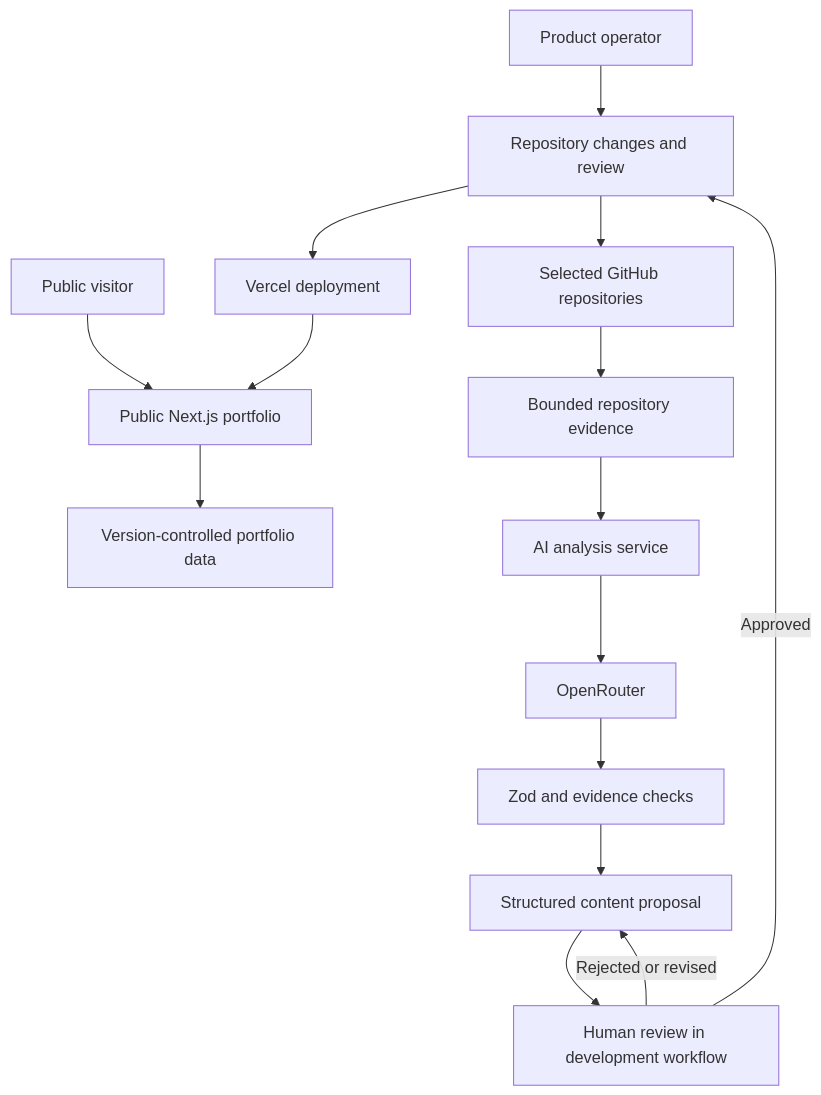
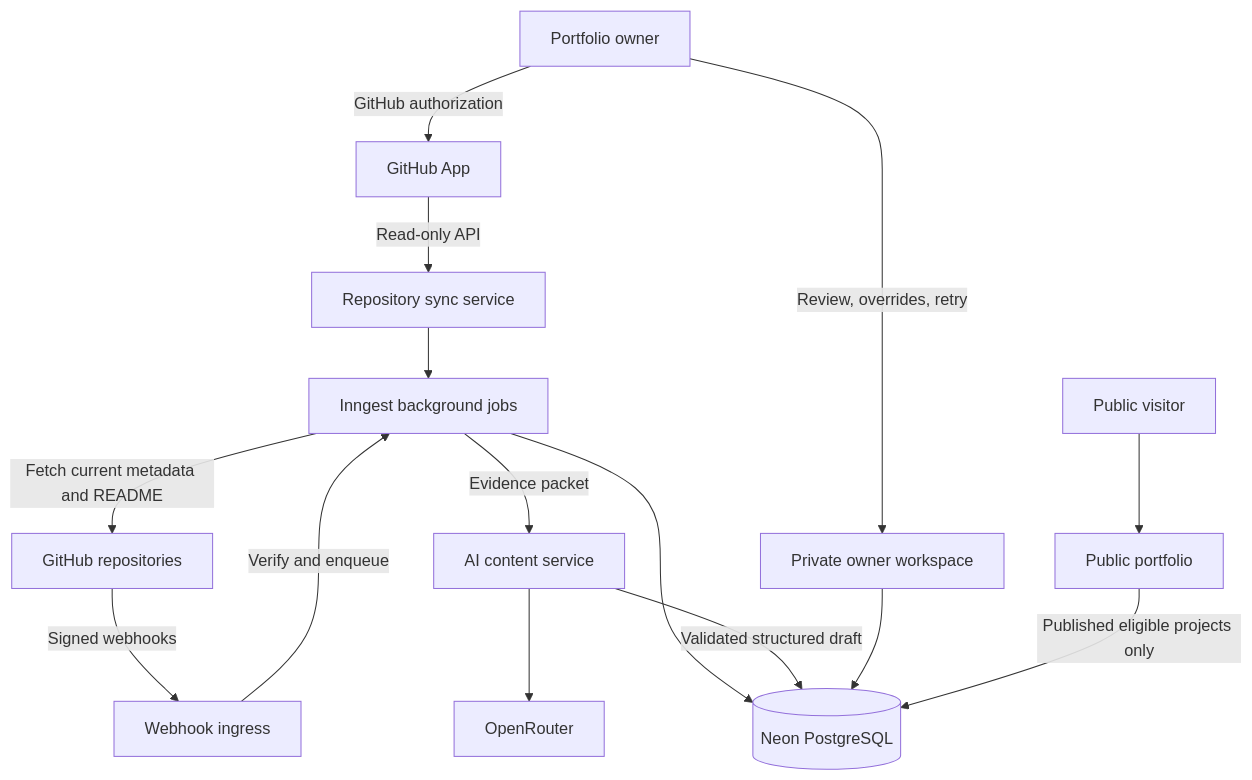
One commit to victorikaraoha23/morphfolio changed the diagram in docs/ARCHITECTURE.md. Above: the diagram before and after it, drawn with Mermaid. The commit also changed other lines of this file and 3 other files, not shown here.

Commit message:
docs: define GitHub synchronization architecture

````diff
--- a/docs/ARCHITECTURE.md
+++ b/docs/ARCHITECTURE.md
@@ -32,17 +38,17 @@
 ```mermaid
 flowchart TD
-  VISITOR[Public visitor] --> WEB[Public Next.js portfolio]
-  WEB --> CONTENT[Version-controlled portfolio data]
-  OWNER[Product operator] --> GIT[Repository changes and review]
-  GIT --> DEPLOY[Vercel deployment]
-  DEPLOY --> WEB
-  GIT --> GH[Selected GitHub repositories]
-  GH --> EVIDENCE[Bounded repository evidence]
-  EVIDENCE --> AI[AI analysis service]
+  OWNER[Portfolio owner] -->|GitHub authorization| APP[GitHub App]
+  GH[GitHub repositories] -->|Signed webhooks| WEBHOOK[Webhook ingress]
+  APP -->|Read-only API| SYNC[Repository sync service]
+  WEBHOOK -->|Verify and enqueue| JOBS[Inngest background jobs]
+  SYNC --> JOBS
+  JOBS -->|Fetch current metadata and README| GH
+  JOBS -->|Evidence packet| AI[AI content service]
   AI --> OR[OpenRouter]
-  OR --> VALIDATE[Zod and evidence checks]
-  VALIDATE --> PROPOSAL[Structured content proposal]
-  PROPOSAL --> REVIEW[Human review in development workflow]
-  REVIEW -->|Approved| GIT
-  REVIEW -->|Rejected or revised| PROPOSAL
+  JOBS --> DB[(Neon PostgreSQL)]
+  AI -->|Validated structured draft| DB
+  OWNER -->|Review, overrides, retry| ADMIN[Private owner workspace]
+  ADMIN --> DB
+  VISITOR[Public visitor] --> WEB[Public portfolio]
+  WEB -->|Published eligible projects only| DB
 ```
````
